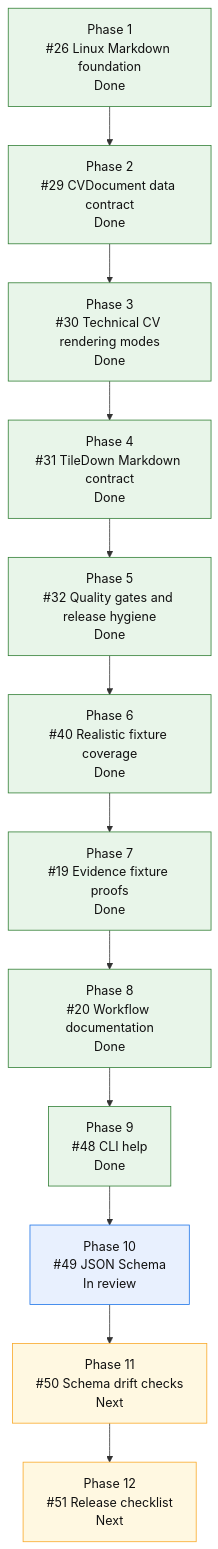
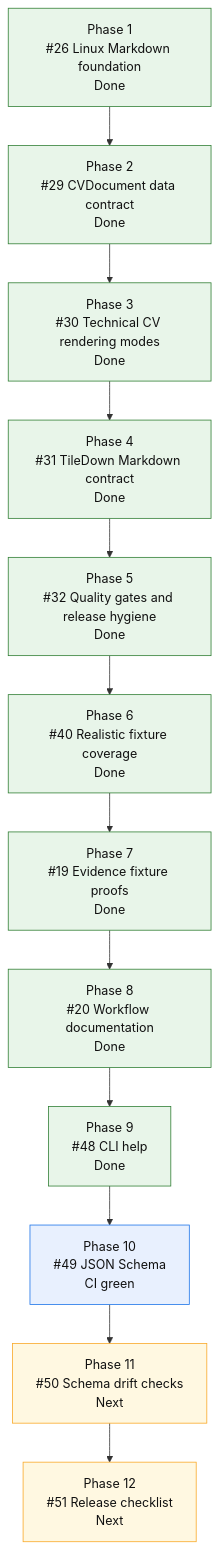
One commit to mihaelamj/cvbuilder changed the diagram in README.md. Above: the diagram before and after it, drawn with Mermaid. The commit also changed 1 other file, not shown here.

Commit message:
docs(roadmap): mark JSON Schema CI green

````diff
--- a/README.md
+++ b/README.md
@@ -165,28 +165,28 @@
 ```mermaid
 flowchart TD
     P1["Phase 1<br/>#26 Linux Markdown foundation<br/>Done"]
     P2["Phase 2<br/>#29 CVDocument data contract<br/>Done"]
     P3["Phase 3<br/>#30 Technical CV rendering modes<br/>Done"]
     P4["Phase 4<br/>#31 TileDown Markdown contract<br/>Done"]
     P5["Phase 5<br/>#32 Quality gates and release hygiene<br/>Done"]
     P6["Phase 6<br/>#40 Realistic fixture coverage<br/>Done"]
     P7["Phase 7<br/>#19 Evidence fixture proofs<br/>Done"]
     P8["Phase 8<br/>#20 Workflow documentation<br/>Done"]
     P9["Phase 9<br/>#48 CLI help<br/>Done"]
-    P10["Phase 10<br/>#49 JSON Schema<br/>In review"]
+    P10["Phase 10<br/>#49 JSON Schema<br/>CI green"]
     P11["Phase 11<br/>#50 Schema drift checks<br/>Next"]
     P12["Phase 12<br/>#51 Release checklist<br/>Next"]
 
     P1 --> P2 --> P3 --> P4 --> P5 --> P6 --> P7 --> P8 --> P9 --> P10 --> P11 --> P12
 
     classDef done fill:#e8f5e9,stroke:#2e7d32,color:#111;
     classDef active fill:#fff3e0,stroke:#ef6c00,color:#111;
     classDef review fill:#e8f0fe,stroke:#1a73e8,color:#111;
     classDef next fill:#fff8e1,stroke:#f9a825,color:#111;
     classDef partial fill:#e0f7fa,stroke:#00838f,color:#111;
     classDef todo fill:#eef3ff,stroke:#3367d6,color:#111;
     class P1,P2,P3,P4 done;
     class P5,P6,P7,P8,P9 done;
     class P10 review;
     class P11,P12 next;
 ```
````
